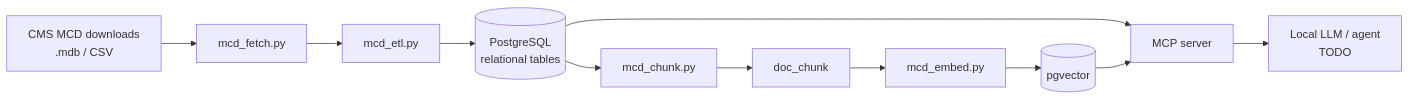
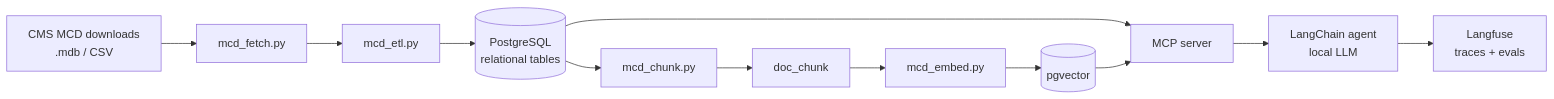
One commit to barrett7212/medicare-coverage-rag changed the diagram in README.md. Above: the diagram before and after it, drawn with Mermaid. The commit also changed other lines of this file and 4 other files, not shown here.

Commit message:
Add evaluation scripts and agent example for LangChain integration with MCP server

````diff
--- a/README.md
+++ b/README.md
@@ -47,13 +47,14 @@
 ```mermaid
 flowchart LR
     A[CMS MCD downloads<br/>.mdb / CSV] --> B[mcd_fetch.py]
     B --> C[mcd_etl.py]
     C --> D[(PostgreSQL<br/>relational tables)]
     D --> E[mcd_chunk.py]
     E --> F[doc_chunk]
     F --> G[mcd_embed.py]
     G --> H[(pgvector)]
     D --> I[MCP server]
     H --> I
-    I --> J[Local LLM / agent<br/>TODO]
+    I --> J[LangChain agent<br/>local LLM]
+    J --> K[Langfuse<br/>traces + evals]
 ```
````
